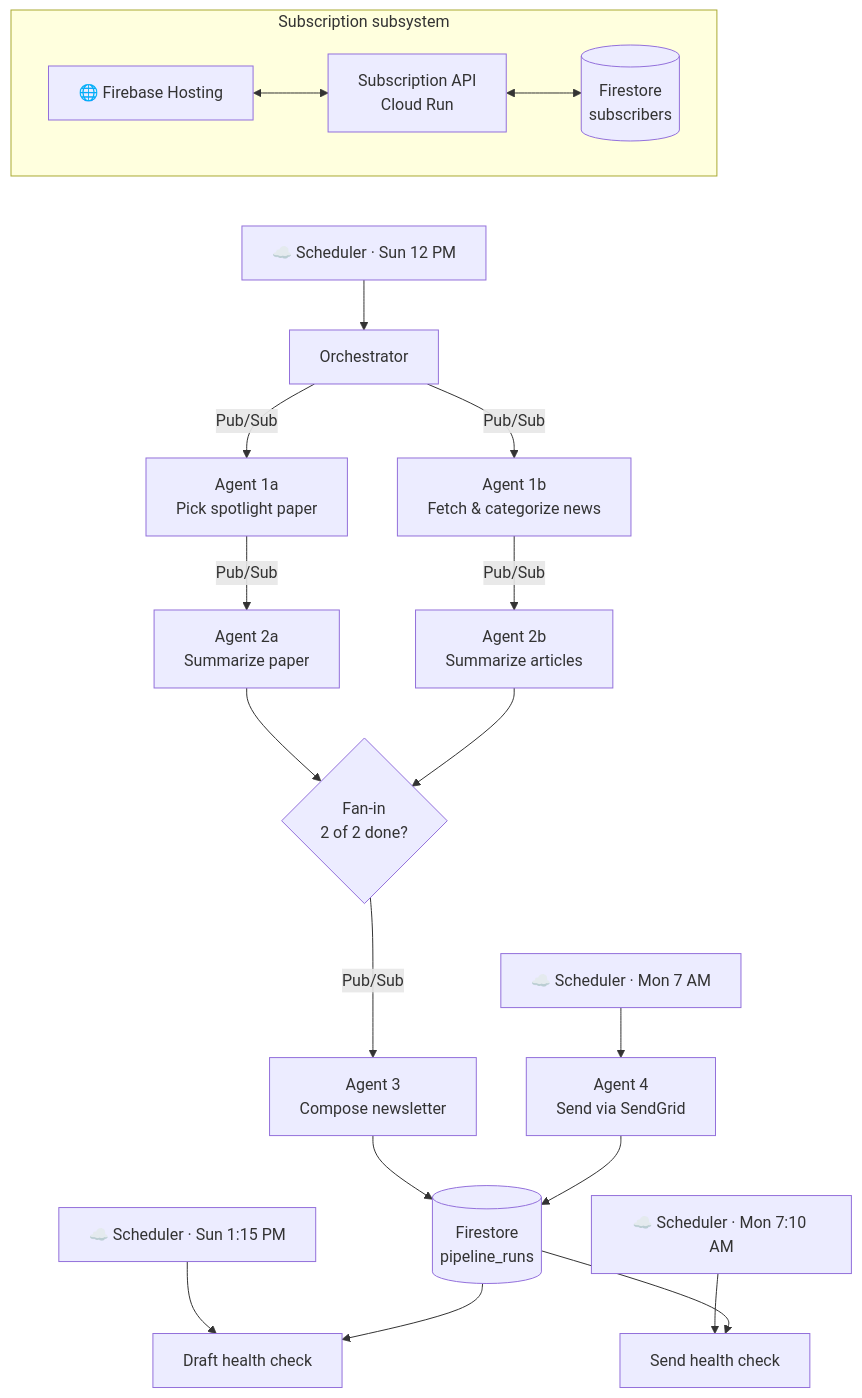
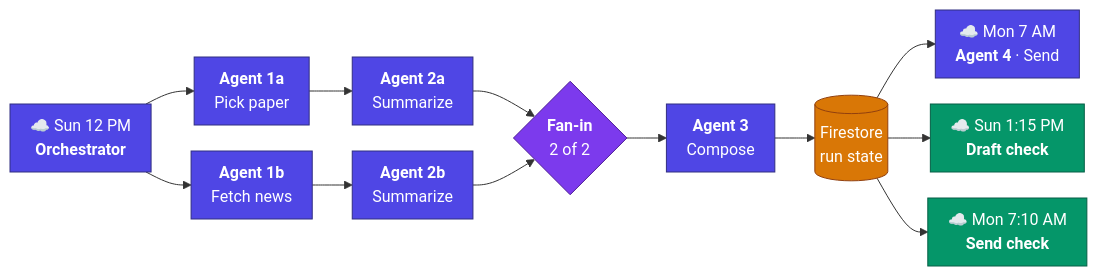
One commit to lofeodo/ai-news-agent changed the first of 2 diagrams in README.md. Above: the diagram before and after it, drawn with Mermaid. The commit also changed other lines of this file and 1 other file, not shown here.

Commit message:
docs: redraw pipeline and agent 1b diagrams left-to-right so each fits one viewport
Claude-Session: https://claude.ai/code/session_01KTK48pZbZ2Bmz2aqnJRgA6

````diff
--- a/README.md
+++ b/README.md
@@ -20,35 +20,24 @@
 ```mermaid
-flowchart TB
-    subgraph SUB["Subscription subsystem"]
-        direction LR
-        FE["🌐 Firebase Hosting"] <--> SUBS["Subscription API\nCloud Run"]
-        SUBS <--> FSS[("Firestore\nsubscribers")]
-    end
+%%{init: {"themeVariables": {"fontSize": "16px"}, "flowchart": {"nodeSpacing": 26, "rankSpacing": 40, "padding": 10, "curve": "basis"}}}%%
+flowchart LR
+    ORC["☁️ Sun 12 PM<br/><b>Orchestrator</b>"] --> A1A["<b>Agent 1a</b><br/>Pick paper"]
+    ORC --> A1B["<b>Agent 1b</b><br/>Fetch news"]
+    A1A --> A2A["<b>Agent 2a</b><br/>Summarize"]
+    A1B --> A2B["<b>Agent 2b</b><br/>Summarize"]
+    A2A --> FAN{"<b>Fan-in</b><br/>2 of 2"}
+    A2B --> FAN
+    FAN --> A3["<b>Agent 3</b><br/>Compose"]
+    A3 --> DB[("Firestore<br/>run state")]
+    DB --> A4["☁️ Mon 7 AM<br/><b>Agent 4</b> · Send"]
+    DB --> HC1["☁️ Sun 1:15 PM<br/><b>Draft check</b>"]
+    DB --> HC2["☁️ Mon 7:10 AM<br/><b>Send check</b>"]
 
-    SUB ~~~ CS1
-
-    CS1["☁️ Scheduler · Sun 12 PM"] --> ORC["Orchestrator"]
-
-    ORC -->|"Pub/Sub"| A1A["Agent 1a\nPick spotlight paper"]
-    ORC -->|"Pub/Sub"| A1B["Agent 1b\nFetch & categorize news"]
-
-    A1A -->|"Pub/Sub"| A2A["Agent 2a\nSummarize paper"]
-    A1B -->|"Pub/Sub"| A2B["Agent 2b\nSummarize articles"]
-
-    A2A --> FAN{"Fan-in\n2 of 2 done?"}
-    A2B --> FAN
-
-    FAN -->|"Pub/Sub"| A3["Agent 3\nCompose newsletter"]
-
-    FAN ~~~ CS2
-    CS2["☁️ Scheduler · Mon 7 AM"] --> A4["Agent 4\nSend via SendGrid"]
-
-    A3 --> FSP[("Firestore\npipeline_runs")]
-    A4 --> FSP
-
-    FAN ~~~ CS3
-    CS3["☁️ Scheduler · Sun 1:15 PM"] --> HCD["Draft health check"]
-    CS4["☁️ Scheduler · Mon 7:10 AM"] --> HCS["Send health check"]
-    FSP --> HCD
-    FSP --> HCS
+    classDef agent fill:#4f46e5,stroke:#312e81,color:#fff
+    classDef fan fill:#7c3aed,stroke:#4c1d95,color:#fff
+    classDef store fill:#d97706,stroke:#92400e,color:#fff
+    classDef health fill:#059669,stroke:#065f46,color:#fff
+    class ORC,A1A,A1B,A2A,A2B,A3,A4 agent
+    class FAN fan
+    class DB store
+    class HC1,HC2 health
 ```
````
